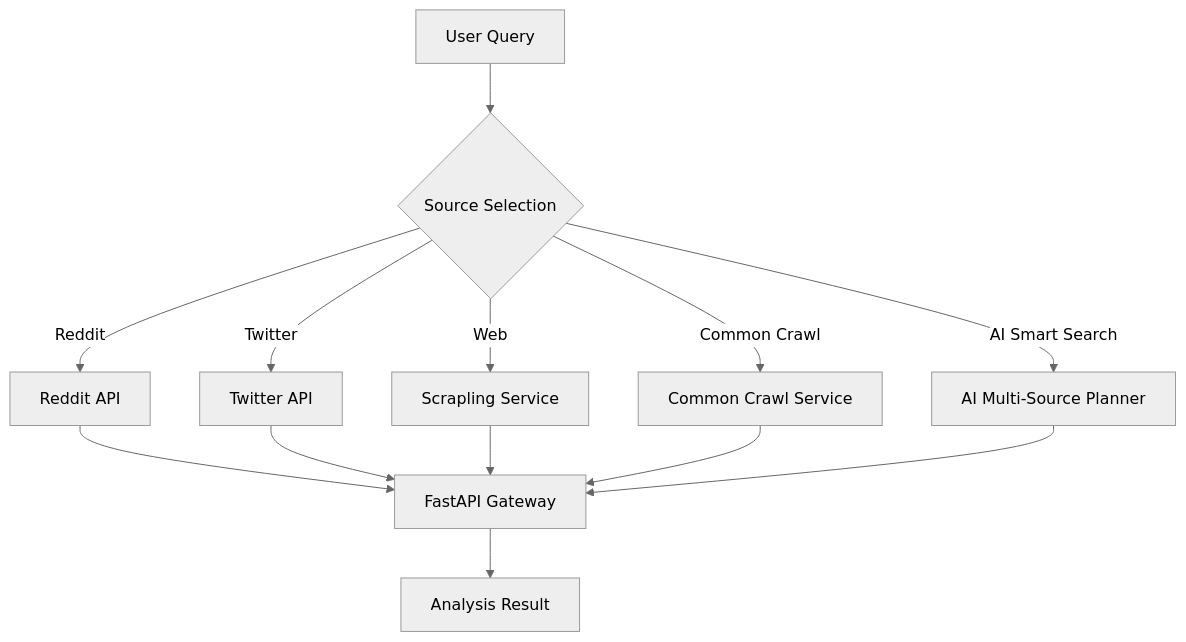
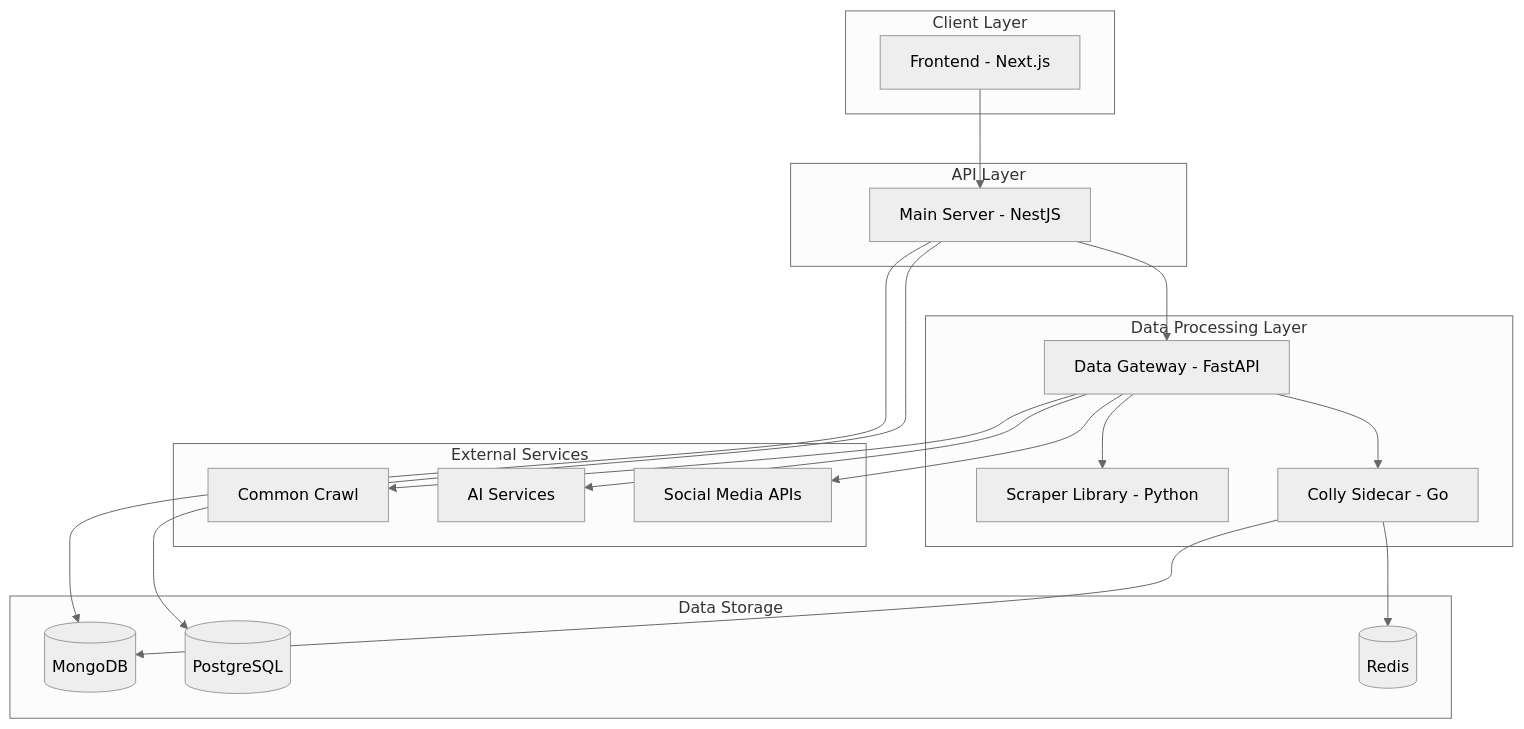
The diagram in Readme.md (MRGLOBIN/FYP-Paksentiment), drawn with Mermaid (neutral theme) before and after one commit. The commit also changed other lines of this file, not shown here.

Commit message:
docs: update Readme with project details, team, and API endpoints

````diff
--- a/Readme.md
+++ b/Readme.md
@@ -79,15 +85,40 @@
 ```mermaid
-graph TD
-    A[User Query] --> B{Source Selection}
-    B -- Reddit --> C[Reddit API]
-    B -- Twitter --> D[Twitter API]
-    B -- Web --> E[Scrapling Service]
-    B -- Common Crawl --> F[Common Crawl Service]
-    B -- AI Smart Search --> G[AI Multi-Source Planner]
-    C --> H[FastAPI Gateway]
+graph TB
+    subgraph "Client Layer"
+        A[Frontend - Next.js]
+    end
+    
+    subgraph "API Layer"
+        B[Main Server - NestJS]
+    end
+    
+    subgraph "Data Processing Layer"
+        C[Data Gateway - FastAPI]
+        D[Colly Sidecar - Go]
+        E[Scraper Library - Python]
+    end
+    
+    subgraph "Data Storage"
+        F[(PostgreSQL)]
+        G[(MongoDB)]
+        H[(Redis)]
+    end
+    
+    subgraph "External Services"
+        I[Social Media APIs]
+        J[AI Services]
+        K[Common Crawl]
+    end
+    
+    A --> B
+    B --> C
+    B --> F
+    B --> G
+    C --> D
+    C --> E
+    C --> I
+    C --> J
+    C --> K
     D --> H
-    E --> H
-    F --> H
-    G --> H
-    H --> I[Analysis Result]
+    D --> G
 ```
````
